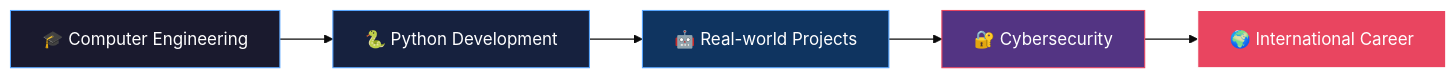
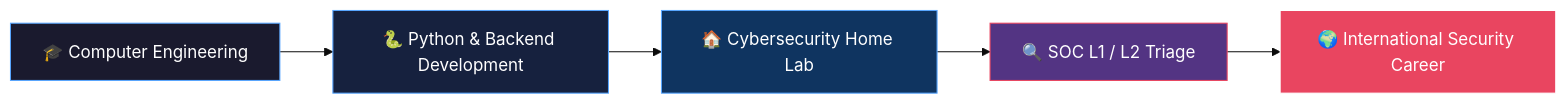
The diagram in README.md (227x0/227x0), drawn with Mermaid (base theme) before and after one commit. The commit also changed other lines of this file, not shown here.

Commit message:
Update profile README: cybersecurity focus, English, new username

````diff
--- a/README.md
+++ b/README.md
@@ -38,13 +38,13 @@
 ```mermaid
 graph LR
-    A[🎓 Computer Engineering] --> B[🐍 Python Development]
-    B --> C[🤖 Real-world Projects]
-    C --> D[🔐 Cybersecurity]
-    D --> E[🌍 International Career]
+    A[🎓 Computer Engineering] --> B[🐍 Python & Backend Development]
+    B --> C[🏠 Cybersecurity Home Lab]
+    C --> D[🔍 SOC L1 / L2 Triage]
+    D --> E[🌍 International Security Career]
 
     style A fill:#1a1a2e,stroke:#58a6ff,color:#fff
     style B fill:#16213e,stroke:#58a6ff,color:#fff
     style C fill:#0f3460,stroke:#58a6ff,color:#fff
     style D fill:#533483,stroke:#e94560,color:#fff
     style E fill:#e94560,stroke:#fff,color:#fff
 ```
````
